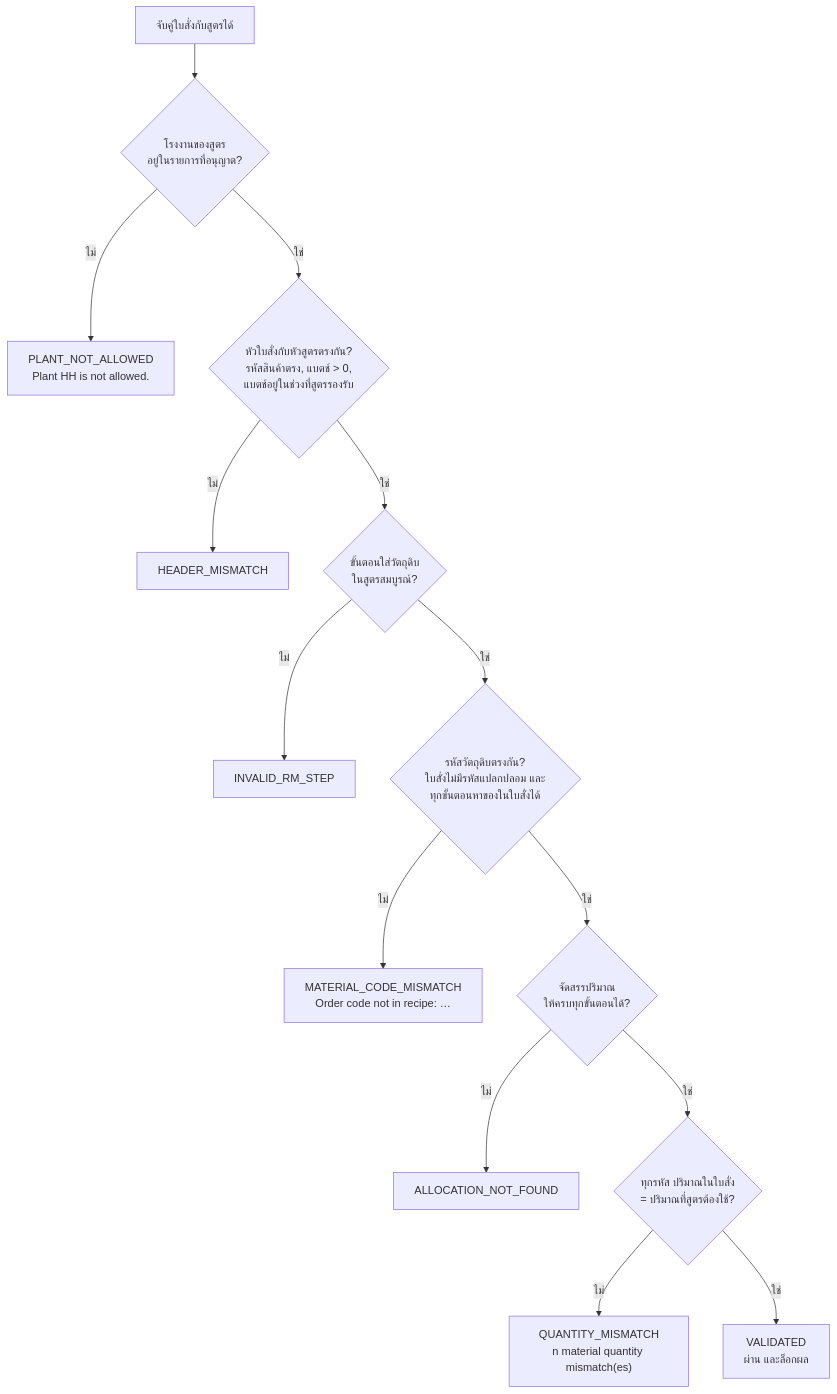
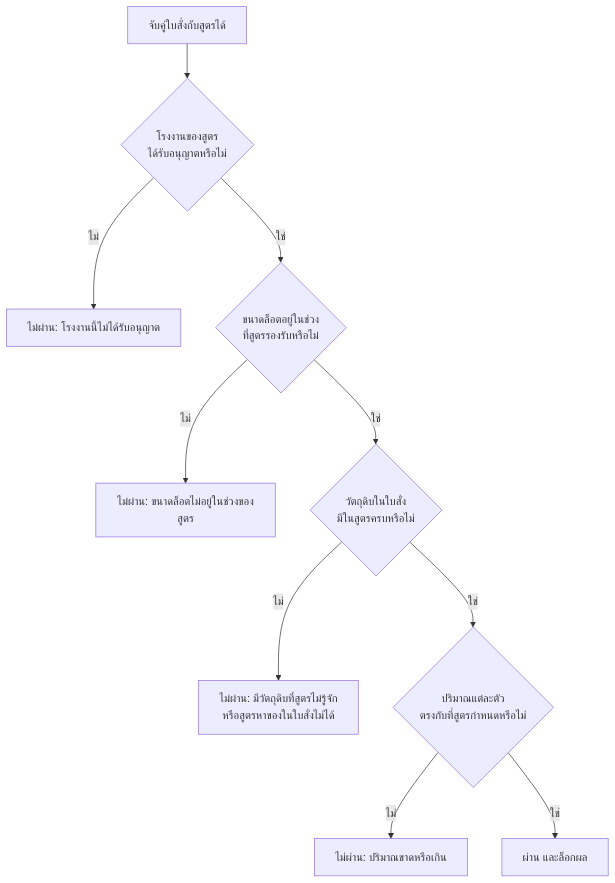
One commit to mosssssssssszx/test changed the second of 2 diagrams in README.md. Above: the diagram before and after it, drawn with Mermaid. The commit also changed other lines of this file, not shown here.

````diff
--- a/README.md
+++ b/README.md
@@ -324,16 +53,12 @@
 ```mermaid
 flowchart TD
-    A["จับคู่ใบสั่งกับสูตรได้"] --> B{"โรงงานของสูตร<br/>อยู่ในรายการที่อนุญาต?"}
-    B -- "ไม่" --> R1["PLANT_NOT_ALLOWED<br/>Plant HH is not allowed."]
-    B -- "ใช่" --> C{"หัวใบสั่งกับหัวสูตรตรงกัน?<br/>รหัสสินค้าตรง, แบตช์ > 0,<br/>แบตช์อยู่ในช่วงที่สูตรรองรับ"}
-    C -- "ไม่" --> R2["HEADER_MISMATCH"]
-    C -- "ใช่" --> D{"ขั้นตอนใส่วัตถุดิบ<br/>ในสูตรสมบูรณ์?"}
-    D -- "ไม่" --> R3["INVALID_RM_STEP"]
-    D -- "ใช่" --> E{"รหัสวัตถุดิบตรงกัน?<br/>ใบสั่งไม่มีรหัสแปลกปลอม และ<br/>ทุกขั้นตอนหาของในใบสั่งได้"}
-    E -- "ไม่" --> R4["MATERIAL_CODE_MISMATCH<br/>Order code not in recipe: …"]
-    E -- "ใช่" --> F{"จัดสรรปริมาณ<br/>ให้ครบทุกขั้นตอนได้?"}
-    F -- "ไม่" --> R5["ALLOCATION_NOT_FOUND"]
-    F -- "ใช่" --> G{"ทุกรหัส ปริมาณในใบสั่ง<br/>= ปริมาณที่สูตรต้องใช้?"}
-    G -- "ไม่" --> R6["QUANTITY_MISMATCH<br/>n material quantity mismatch(es)"]
-    G -- "ใช่" --> R7["VALIDATED<br/>ผ่าน และล็อกผล"]
+    A["จับคู่ใบสั่งกับสูตรได้"] --> B{"โรงงานของสูตร<br/>ได้รับอนุญาตหรือไม่"}
+    B -- "ไม่" --> R1["ไม่ผ่าน: โรงงานนี้ไม่ได้รับอนุญาต"]
+    B -- "ใช่" --> C{"ขนาดล็อตอยู่ในช่วง<br/>ที่สูตรรองรับหรือไม่"}
+    C -- "ไม่" --> R2["ไม่ผ่าน: ขนาดล็อตไม่อยู่ในช่วงของสูตร"]
+    C -- "ใช่" --> D{"วัตถุดิบในใบสั่ง<br/>มีในสูตรครบหรือไม่"}
+    D -- "ไม่" --> R3["ไม่ผ่าน: มีวัตถุดิบที่สูตรไม่รู้จัก<br/>หรือสูตรหาของในใบสั่งไม่ได้"]
+    D -- "ใช่" --> E{"ปริมาณแต่ละตัว<br/>ตรงกับที่สูตรกำหนดหรือไม่"}
+    E -- "ไม่" --> R4["ไม่ผ่าน: ปริมาณขาดหรือเกิน"]
+    E -- "ใช่" --> R5["ผ่าน และล็อกผล"]
 ```
````
